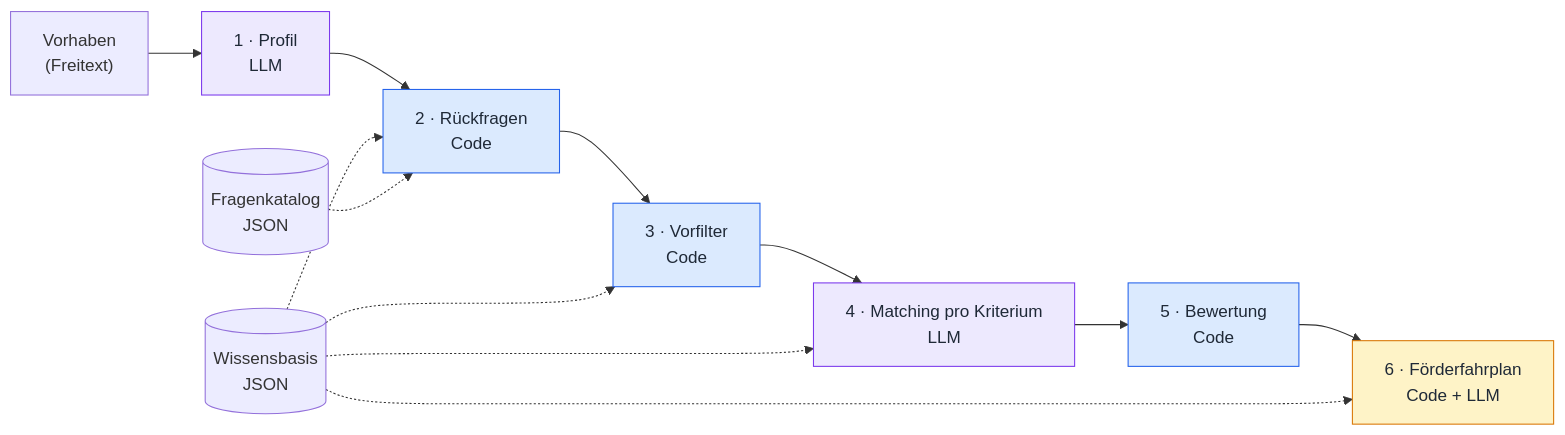
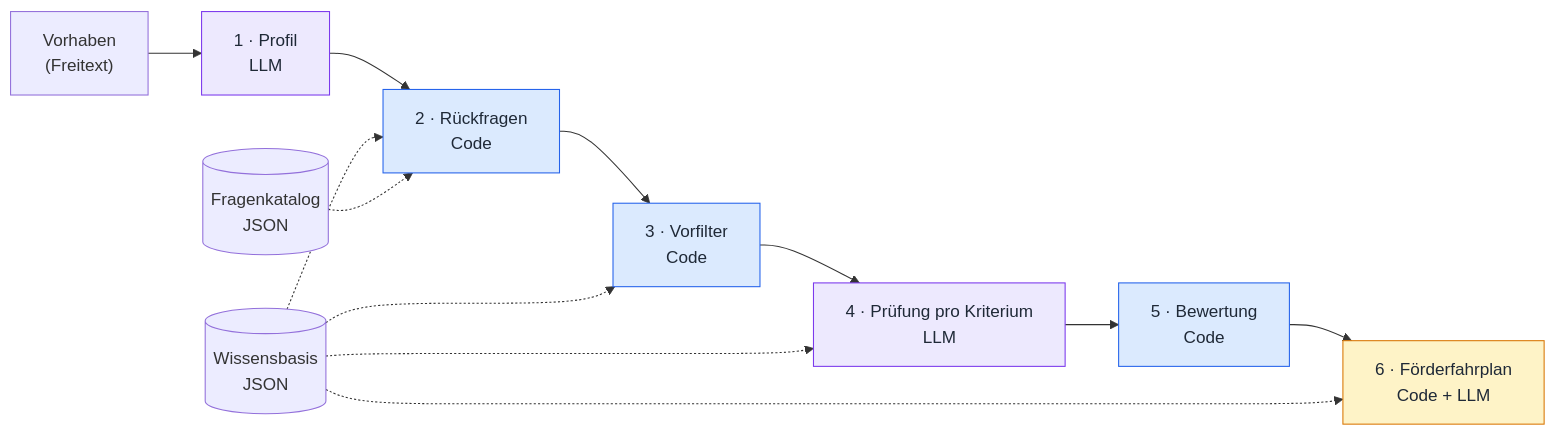
The diagram in README.md (ZentralHack/app), drawn with Mermaid before and after one commit. The commit also changed other lines of this file, not shown here.

Commit message:
README for the jury: what it does, how to run it on Windows, architecture, sources, tests, limits

````diff
--- a/README.md
+++ b/README.md
@@ -30,21 +30,21 @@
 ```mermaid
 flowchart LR
     A["Vorhaben<br/>(Freitext)"] --> S1
     S1["1 · Profil<br/>LLM"] --> S2["2 · Rückfragen<br/>Code"]
     S2 --> S3["3 · Vorfilter<br/>Code"]
-    S3 --> S4["4 · Matching pro Kriterium<br/>LLM"]
+    S3 --> S4["4 · Prüfung pro Kriterium<br/>LLM"]
     S4 --> S5["5 · Bewertung<br/>Code"]
     S5 --> S6["6 · Förderfahrplan<br/>Code + LLM"]
     KB[("Wissensbasis<br/>JSON")] -.-> S2
     FK[("Fragenkatalog<br/>JSON")] -.-> S2
     KB -.-> S3
     KB -.-> S4
     KB -.-> S6
 
     classDef llm fill:#ede9fe,stroke:#7c3aed,color:#1f2937
     classDef code fill:#dbeafe,stroke:#2563eb,color:#1f2937
     classDef mixed fill:#fef3c7,stroke:#d97706,color:#1f2937
     class S1,S4 llm
     class S2,S3,S5 code
     class S6 mixed
 ```
````
